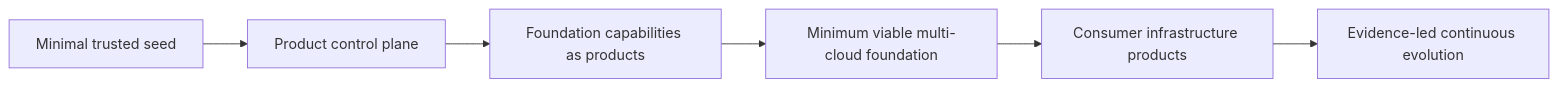
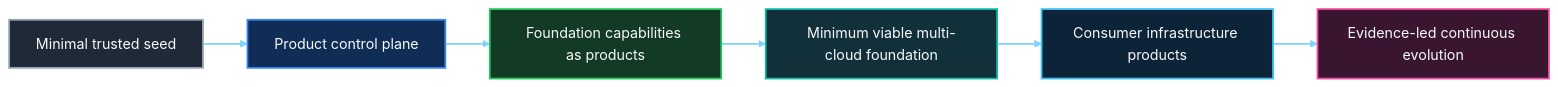
The third of 6 diagrams in README.md (SAABOLImpactVenture/ai-powered-infrastructure-as-a-product), drawn with Mermaid before and after one commit. The commit also changed other lines of this file and 5 other files, not shown here.

````diff
--- a/README.md
+++ b/README.md
@@ -152,8 +195,22 @@
 ```mermaid
 flowchart LR
   S[Minimal trusted seed] --> P[Product control plane]
   P --> F[Foundation capabilities as products]
   F --> M[Minimum viable multi-cloud foundation]
   M --> C[Consumer infrastructure products]
   C --> E[Evidence-led continuous evolution]
+
+  classDef seed fill:#1F2937,stroke:#94A3B8,stroke-width:2px,color:#F8FAFC
+  classDef control fill:#102D55,stroke:#3B82F6,stroke-width:2px,color:#F8FAFC
+  classDef product fill:#123A24,stroke:#22C55E,stroke-width:2px,color:#F8FAFC
+  classDef foundation fill:#12303A,stroke:#14B8A6,stroke-width:2px,color:#F8FAFC
+  classDef consumer fill:#0D2438,stroke:#38BDF8,stroke-width:2px,color:#F8FAFC
+  classDef evidence fill:#3A1530,stroke:#EC4899,stroke-width:2px,color:#F8FAFC
+  class S seed
+  class P control
+  class F product
+  class M foundation
+  class C consumer
+  class E evidence
+  linkStyle default stroke:#7DD3FC,stroke-width:2px
 ```
````
